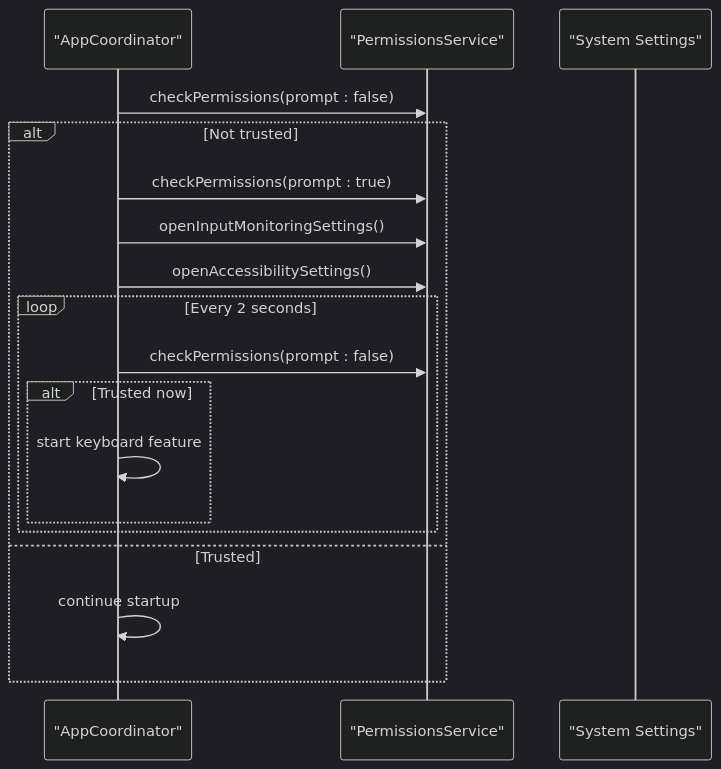
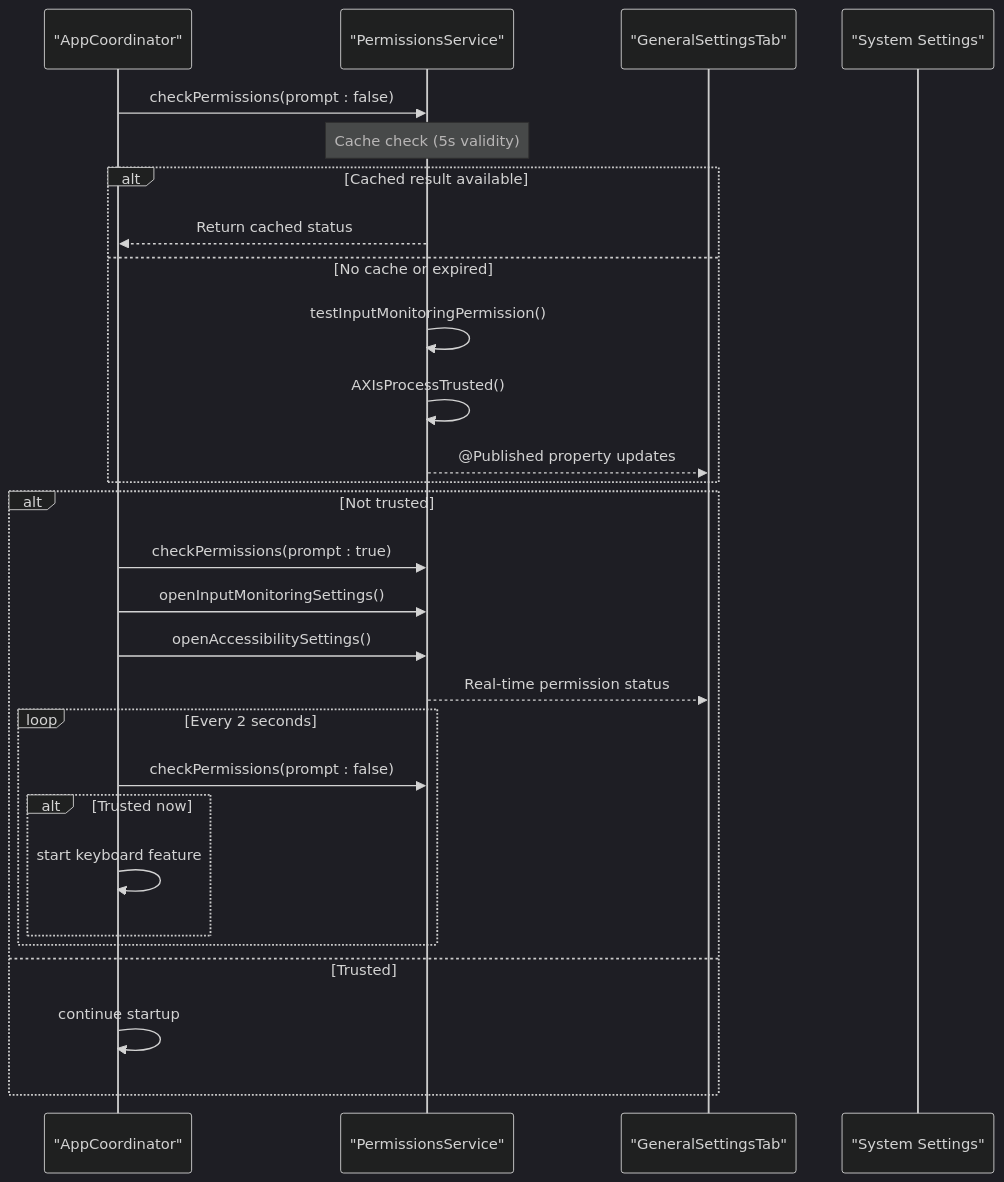
Before and after one commit to Nam088/skey: the fourth of 9 diagrams in .qoder/repowiki/en/content/Architecture Overview/Application Layer Architecture/System Integration Services.md, drawn with Mermaid (dark theme). The commit also changed other lines of this file and 169 other files, not shown here.

````diff
--- a/.qoder/repowiki/en/content/Architecture Overview/Application Layer Architecture/System Integration Services.md
+++ b/.qoder/repowiki/en/content/Architecture Overview/Application Layer Architecture/System Integration Services.md
@@ -159,20 +178,30 @@
 ```mermaid
 sequenceDiagram
 participant AC as "AppCoordinator"
 participant PS as "PermissionsService"
+participant UI as "GeneralSettingsTab"
 participant SS as "System Settings"
 AC->>PS : checkPermissions(prompt : false)
+Note over PS : Cache check (5s validity)
+alt Cached result available
+PS-->>AC : Return cached status
+else No cache or expired
+PS->>PS : testInputMonitoringPermission()
+PS->>PS : AXIsProcessTrusted()
+PS-->>UI : @Published property updates
+end
 alt Not trusted
 AC->>PS : checkPermissions(prompt : true)
 AC->>PS : openInputMonitoringSettings()
 AC->>PS : openAccessibilitySettings()
+PS-->>UI : Real-time permission status
 loop Every 2 seconds
 AC->>PS : checkPermissions(prompt : false)
 alt Trusted now
 AC->>AC : start keyboard feature
 end
 end
 else Trusted
 AC->>AC : continue startup
 end
 ```
````
